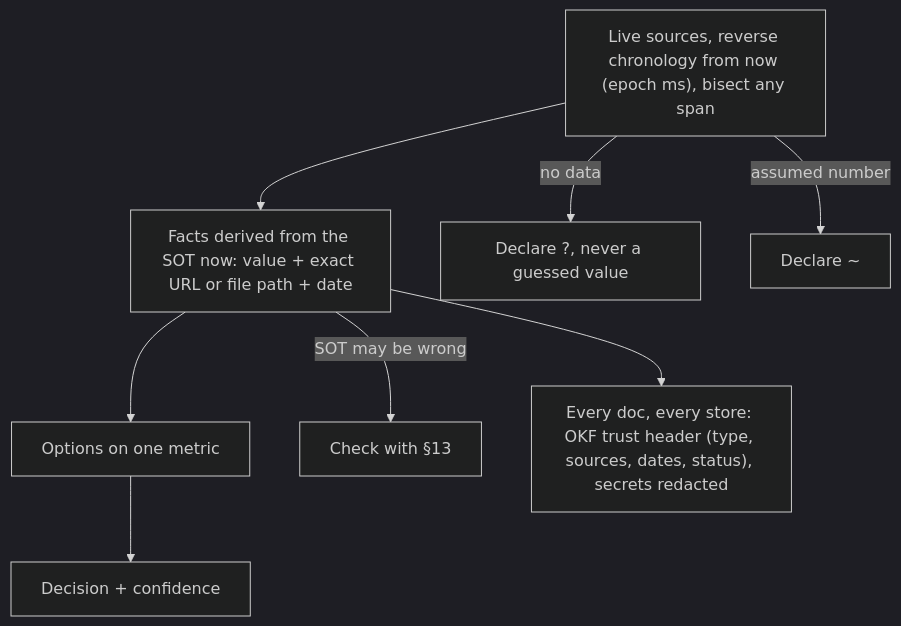
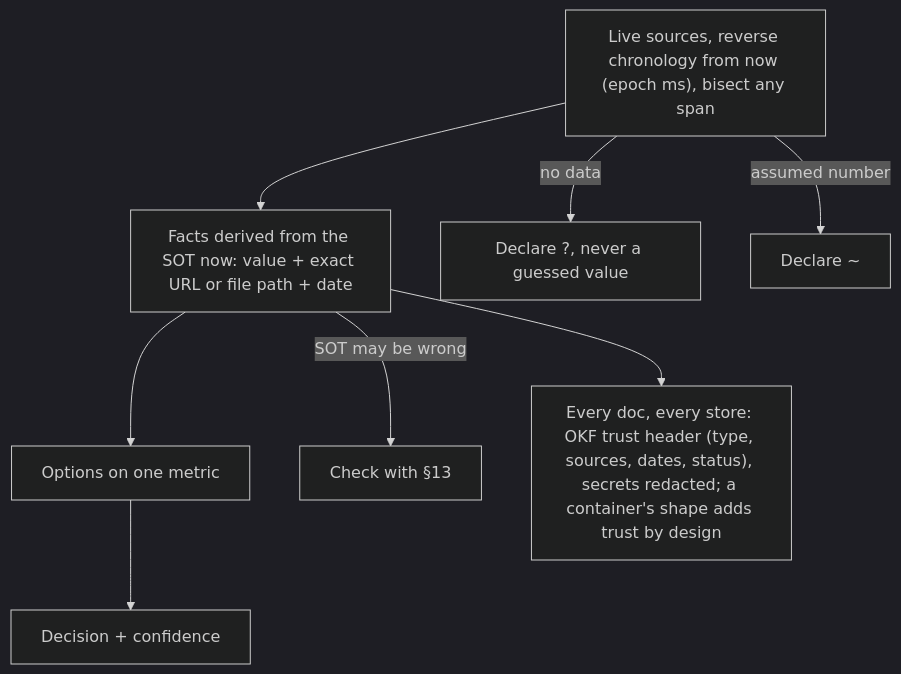
One commit to SolenixAI/arbiter changed the sixth of 14 diagrams in AGENTS.md. Above: the diagram before and after it, drawn with Mermaid (dark theme). The commit also changed other lines of this file, not shown here.

First line of the commit message:
docs(agents): every container is docus, experis and imples, plus children and a TERMINUS.md (#37)

````diff
--- a/AGENTS.md
+++ b/AGENTS.md
@@ -276,9 +284,9 @@
 ```mermaid
 flowchart TD
   D["Live sources, reverse chronology from now (epoch ms), bisect any span"] --> E[Facts derived from the SOT now: value + exact URL or file path + date]
   E --> O[Options on one metric] --> C[Decision + confidence]
   D -->|no data| U["Declare ?, never a guessed value"]
   D -->|assumed number| U2["Declare ~"]
   E -->|SOT may be wrong| S13[Check with §13]
-  E --> K["Every doc, every store: OKF trust header (type, sources, dates, status), secrets redacted"]
+  E --> K["Every doc, every store: OKF trust header (type, sources, dates, status), secrets redacted; a container's shape adds trust by design"]
 ```
````
